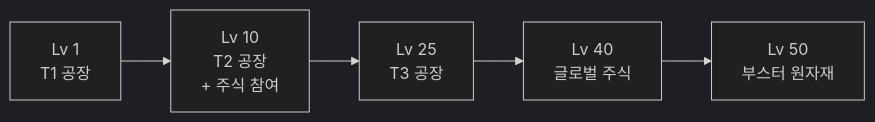
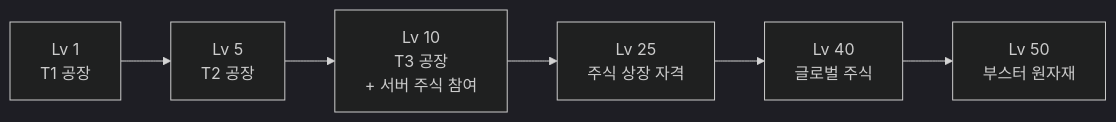
One commit to filename24/Idle-Factory changed the diagram in docs/design/09-level-xp.md. Above: the diagram before and after it, drawn with Mermaid (dark theme). The commit also changed other lines of this file and 251 other files, not shown here.

````diff
--- a/docs/design/09-level-xp.md
+++ b/docs/design/09-level-xp.md
@@ -41,7 +41,8 @@
 ```mermaid
 flowchart LR
-    L1["Lv 1<br/>T1 공장"] --> L10["Lv 10<br/>T2 공장<br/>+ 주식 참여"]
-    L10 --> L25["Lv 25<br/>T3 공장"]
+    L1["Lv 1<br/>T1 공장"] --> L5["Lv 5<br/>T2 공장"]
+    L5 --> L10["Lv 10<br/>T3 공장<br/>+ 서버 주식 참여"]
+    L10 --> L25["Lv 25<br/>주식 상장 자격"]
     L25 --> L40["Lv 40<br/>글로벌 주식"]
     L40 --> L50["Lv 50<br/>부스터 원자재"]
 ```
````
